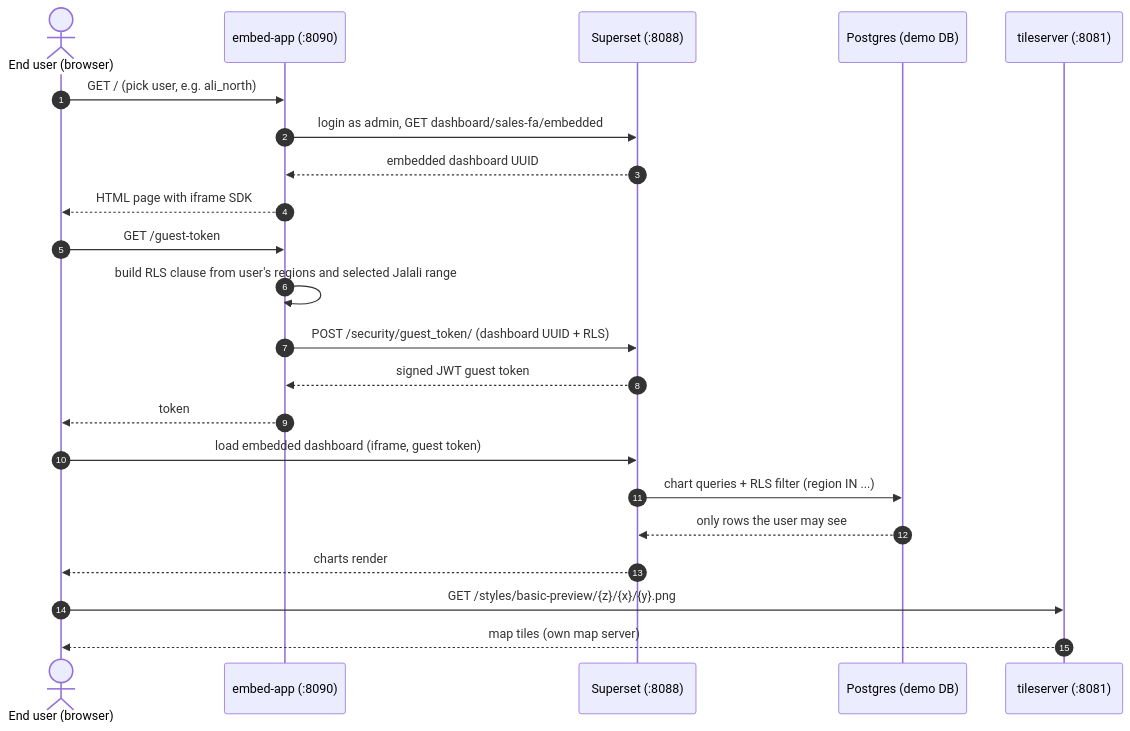
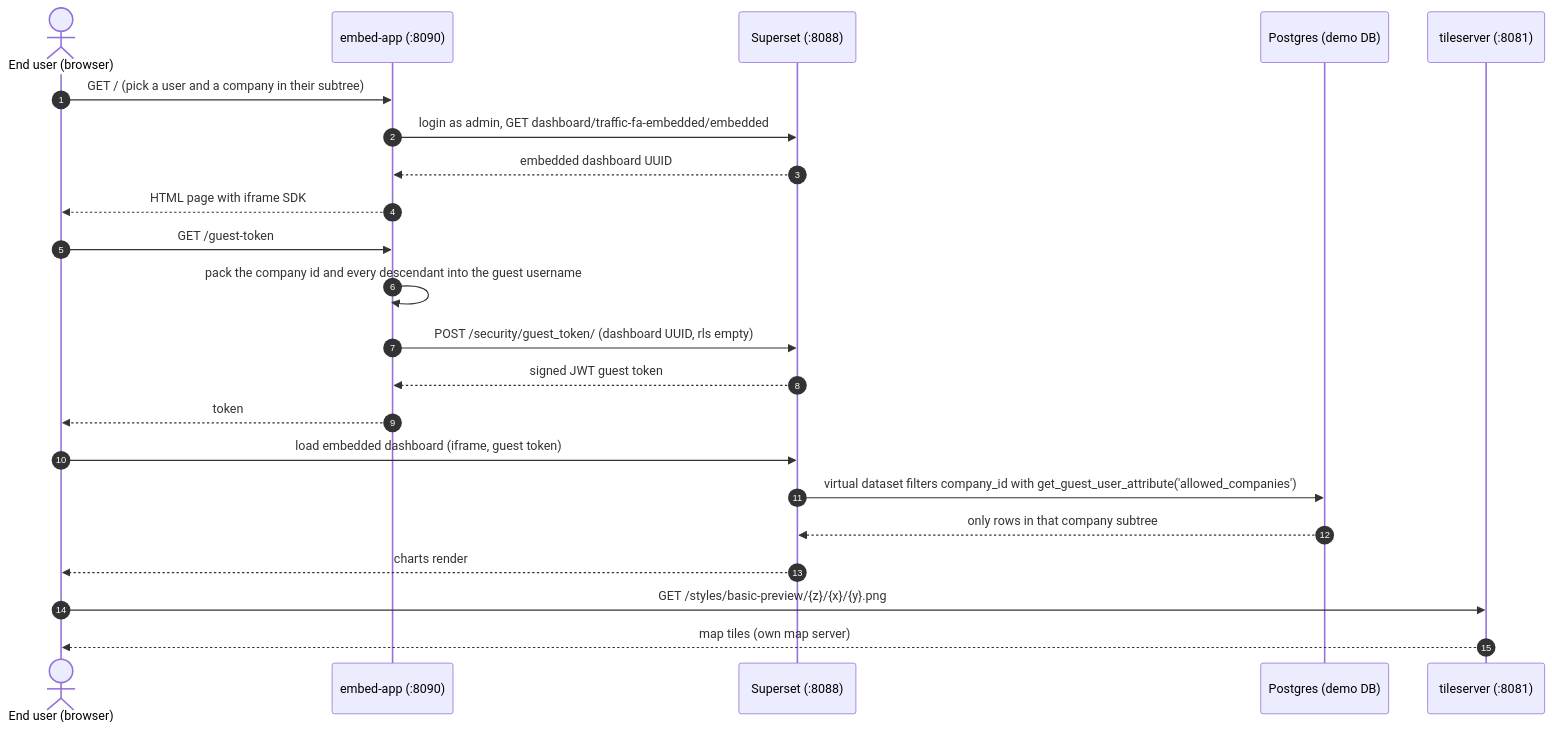
Before and after one commit to alip990/superset-demo: the second of 2 diagrams in README.md, drawn with Mermaid. The commit also changed other lines of this file and 20 other files, not shown here.

Commit message:
feat: introduce company-tree data access guide and restore scripts for embedded dashboards

````diff
--- a/README.md
+++ b/README.md
@@ -57,27 +58,27 @@
 ```mermaid
 sequenceDiagram
     autonumber
     actor U as End user (browser)
     participant EA as embed-app (:8090)
     participant SS as Superset (:8088)
     participant PG as Postgres (demo DB)
     participant TS as tileserver (:8081)
 
-    U->>EA: GET / (pick user, e.g. ali_north)
-    EA->>SS: login as admin, GET dashboard/sales-fa/embedded
+    U->>EA: GET / (pick a user and a company in their subtree)
+    EA->>SS: login as admin, GET dashboard/traffic-fa-embedded/embedded
     SS-->>EA: embedded dashboard UUID
     EA-->>U: HTML page with iframe SDK
 
     U->>EA: GET /guest-token
-    EA->>EA: build RLS clause from user's regions and selected Jalali range
-    EA->>SS: POST /security/guest_token/ (dashboard UUID + RLS)
+    EA->>EA: pack the company id and every descendant into the guest username
+    EA->>SS: POST /security/guest_token/ (dashboard UUID, rls empty)
     SS-->>EA: signed JWT guest token
     EA-->>U: token
 
     U->>SS: load embedded dashboard (iframe, guest token)
-    SS->>PG: chart queries + RLS filter (region IN ...)
-    PG-->>SS: only rows the user may see
+    SS->>PG: virtual dataset filters company_id with get_guest_user_attribute('allowed_companies')
+    PG-->>SS: only rows in that company subtree
     SS-->>U: charts render
     U->>TS: GET /styles/basic-preview/{z}/{x}/{y}.png
     TS-->>U: map tiles (own map server)
 ```
````
